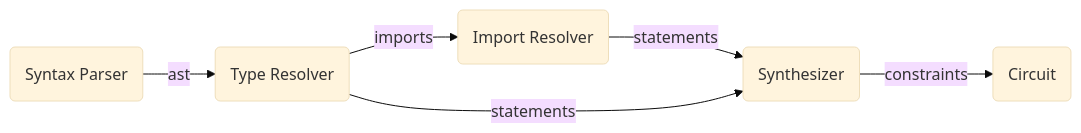
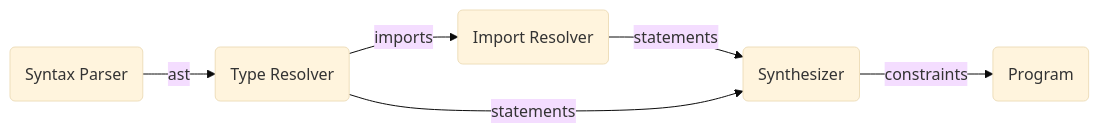
The diagram in README.md (ProvableHQ/leo), drawn with Mermaid (base theme) before and after one commit. The commit also changed 3 other files, not shown here.

````diff
--- a/README.md
+++ b/README.md
@@ -10,11 +10,11 @@
 ```mermaid
 graph LR
     Pass1(Syntax Parser) -- ast --> Pass2(Type Resolver)
     
     Pass2 -- imports --> Pass3(Import Resolver)
     Pass3 -- statements --> Pass4
     
     Pass2 -- statements --> Pass4(Synthesizer)
     
-    Pass4 -- constraints --> Pass5(Circuit)
+    Pass4 -- constraints --> Pass5(Program)
 ```
````
